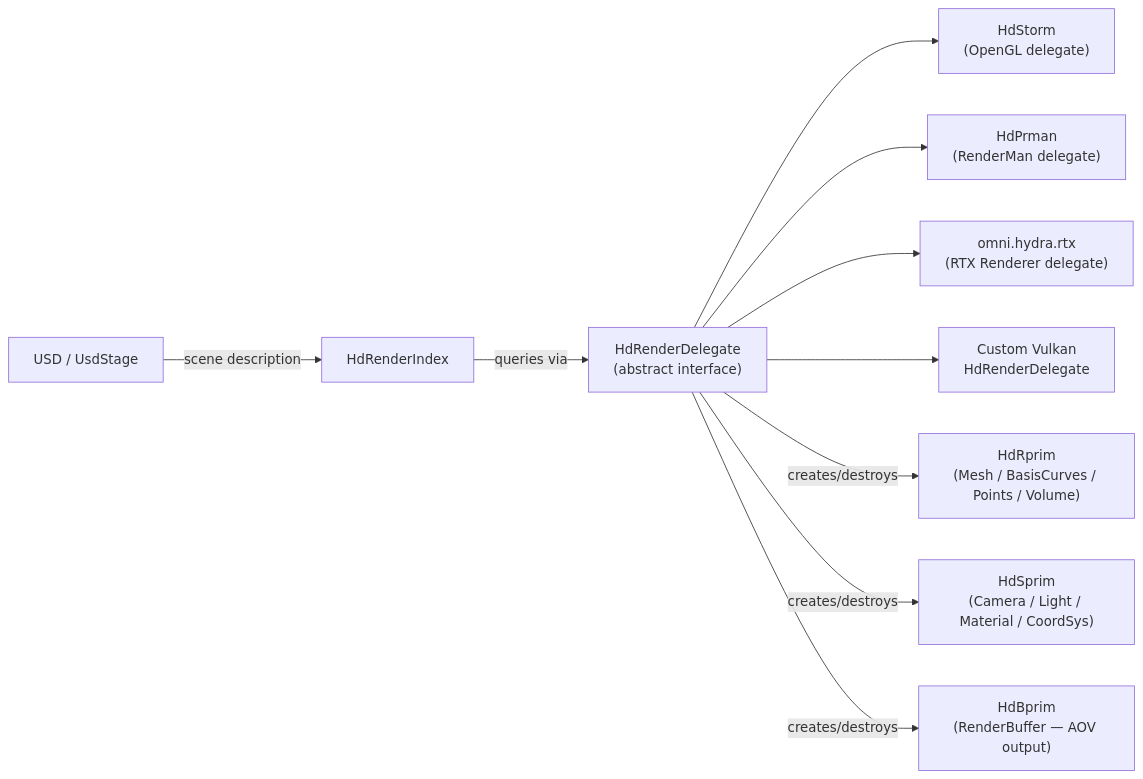
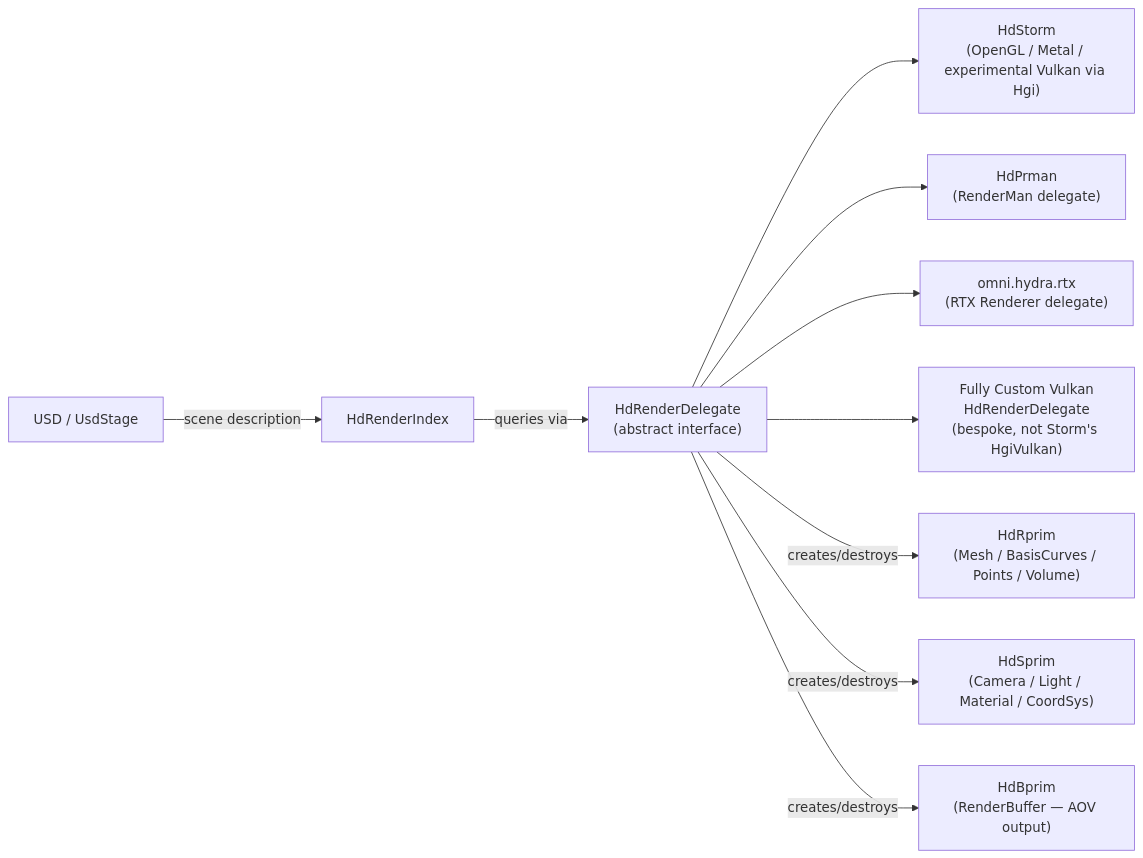
Before and after one commit to jreuben11/linux-graphics-stack-book: the third of 10 diagrams in chapters/part-15-nvidia-stack/ch69-omniverse-usd.md, drawn with Mermaid. The commit also changed other lines of this file, not shown here.

First line of the commit message:
ch69: fix HdStorm/HgiVulkan inconsistency, document real-world adoption

````diff
--- a/chapters/part-15-nvidia-stack/ch69-omniverse-usd.md
+++ b/chapters/part-15-nvidia-stack/ch69-omniverse-usd.md
@@ -707,22 +707,22 @@
 ```mermaid
 graph LR
     USD["USD / UsdStage"]
     HdIndex["HdRenderIndex"]
     HdDelegate["HdRenderDelegate\n(abstract interface)"]
-    HdStorm["HdStorm\n(OpenGL delegate)"]
+    HdStorm["HdStorm\n(OpenGL / Metal / experimental Vulkan via Hgi)"]
     HdPrman["HdPrman\n(RenderMan delegate)"]
     RTX["omni.hydra.rtx\n(RTX Renderer delegate)"]
-    CustomVk["Custom Vulkan\nHdRenderDelegate"]
+    CustomVk["Fully Custom Vulkan\nHdRenderDelegate\n(bespoke, not Storm's HgiVulkan)"]
     Rprim["HdRprim\n(Mesh / BasisCurves / Points / Volume)"]
     Sprim["HdSprim\n(Camera / Light / Material / CoordSys)"]
     Bprim["HdBprim\n(RenderBuffer — AOV output)"]
     USD -- "scene description" --> HdIndex
     HdIndex -- "queries via" --> HdDelegate
     HdDelegate --> HdStorm
     HdDelegate --> HdPrman
     HdDelegate --> RTX
     HdDelegate --> CustomVk
     HdDelegate -- "creates/destroys" --> Rprim
     HdDelegate -- "creates/destroys" --> Sprim
     HdDelegate -- "creates/destroys" --> Bprim
 ```
````
